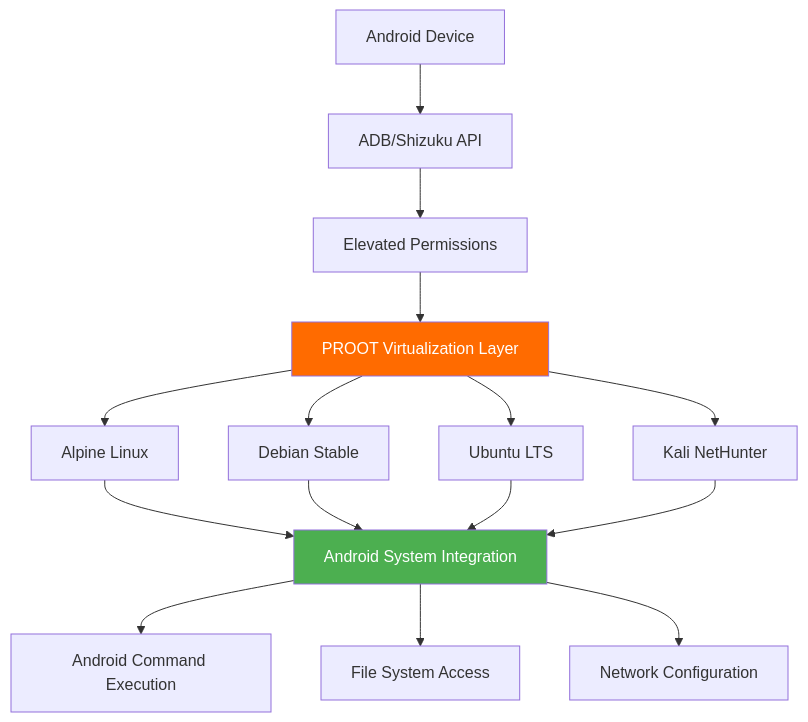
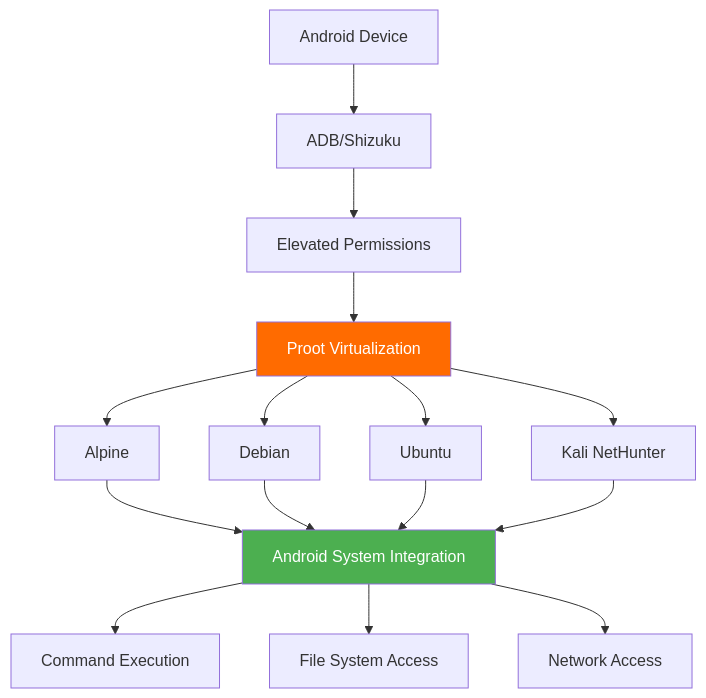
The diagram in README.md (ahmed-alnassif/AndroSH), drawn with Mermaid before and after one commit. The commit also changed other lines of this file, not shown here.

````diff
--- a/README.md
+++ b/README.md
@@ -217,23 +103,23 @@
 ```mermaid
 graph TD
-    A[Android Device] --> B[ADB/Shizuku API]
+    A[Android Device] --> B[ADB/Shizuku]
     B --> C[Elevated Permissions]
-    C --> D[PROOT Virtualization Layer]
-    
-    D --> E[Alpine Linux]
-    D --> F[Debian Stable]
-    D --> G[Ubuntu LTS]
+    C --> D[Proot Virtualization]
+
+    D --> E[Alpine]
+    D --> F[Debian]
+    D --> G[Ubuntu]
     D --> H[Kali NetHunter]
-    
+
     E --> I[Android System Integration]
     F --> I
     G --> I
     H --> I
-    
-    I --> K[Android Command Execution]
+
+    I --> K[Command Execution]
     I --> L[File System Access]
-    I --> M[Network Configuration]
-    
+    I --> M[Network Access]
+
     style D fill:#FF6B00,color:white
     style I fill:#4CAF50,color:white
 ```
````
